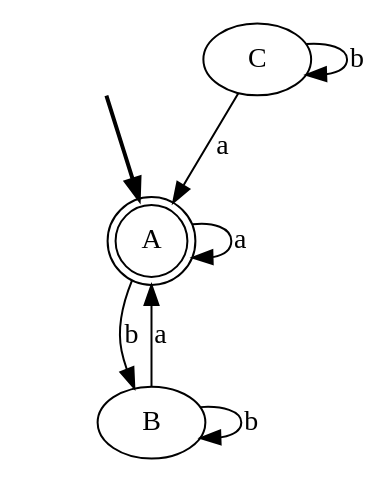
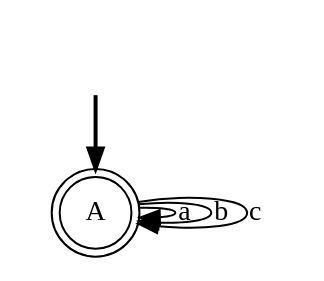
One commit to OM234/Discrete-Math-FSA-Assignment-2 changed the diagram in NFA.dot. Above: the diagram before and after it, drawn with Graphviz. The commit also changed 3 other files, not shown here.

```diff
--- a/NFA.dot
+++ b/NFA.dot
@@ -1,13 +1,8 @@
 digraph {
 	fake0 [style=invisible]
-	C
 	A [root=true shape=doublecircle]
-	B
 	fake0 -> A [style=bold]
 	A -> A [label=a]
-	A -> B [label=b]
-	B -> A [label=a]
-	B -> B [label=b]
-	C -> A [label=a]
-	C -> C [label=b]
+	A -> A [label=b]
+	A -> A [label=c]
 }
```
